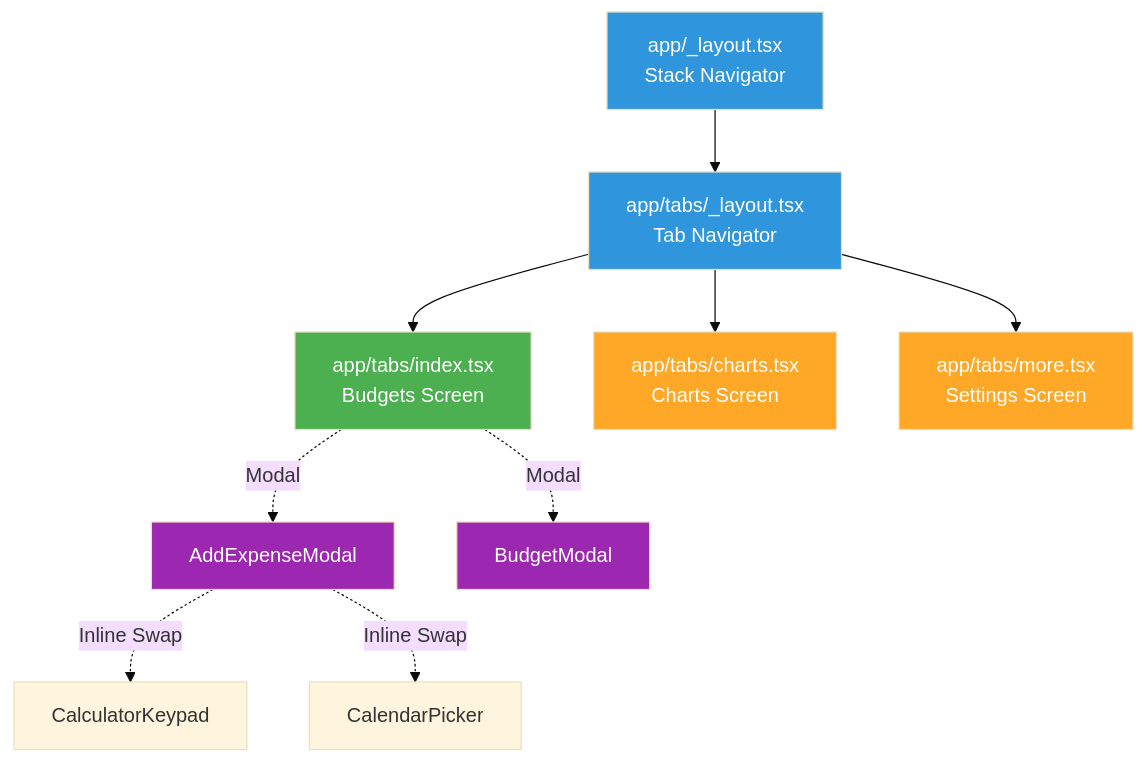
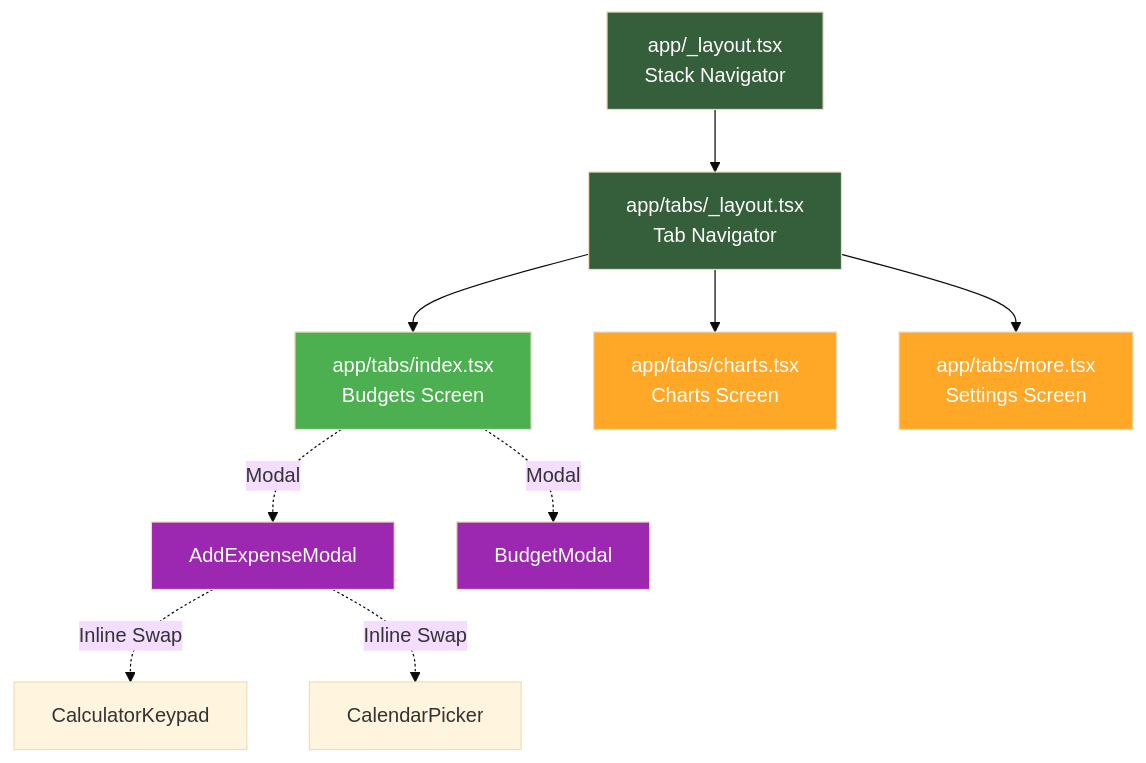
Before and after one commit to timhpark01/BasicBudget: the fourth of 4 diagrams in docs/01-architecture-overview.mdx, drawn with Mermaid (base theme). The commit also changed other lines of this file and 43 other files, not shown here.

````diff
--- a/docs/01-architecture-overview.mdx
+++ b/docs/01-architecture-overview.mdx
@@ -413,24 +413,24 @@
 ```mermaid
 graph TD
     Root[app/_layout.tsx<br/>Stack Navigator]
 
     Root --> Tabs[app/tabs/_layout.tsx<br/>Tab Navigator]
 
     Tabs --> Home[app/tabs/index.tsx<br/>Budgets Screen]
     Tabs --> Charts[app/tabs/charts.tsx<br/>Charts Screen]
     Tabs --> More[app/tabs/more.tsx<br/>Settings Screen]
 
     Home -.Modal.-> AddExpense[AddExpenseModal]
     Home -.Modal.-> SetBudget[BudgetModal]
 
     AddExpense -.Inline Swap.-> Calculator[CalculatorKeypad]
     AddExpense -.Inline Swap.-> Calendar[CalendarPicker]
 
-    style Root fill:#2f95dc,color:#fff
-    style Tabs fill:#2f95dc,color:#fff
+    style Root fill:#355e3b,color:#fff
+    style Tabs fill:#355e3b,color:#fff
     style Home fill:#4CAF50,color:#fff
     style Charts fill:#FFA726,color:#fff
     style More fill:#FFA726,color:#fff
     style AddExpense fill:#9C27B0,color:#fff
     style SetBudget fill:#9C27B0,color:#fff
 ```
````
